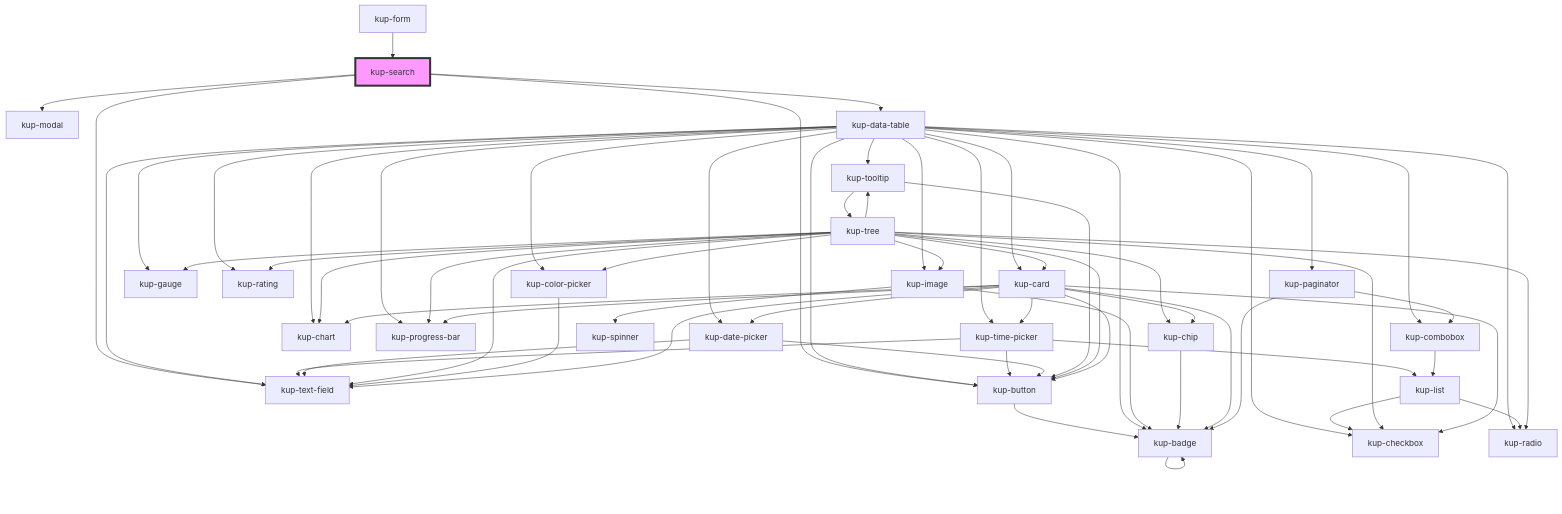
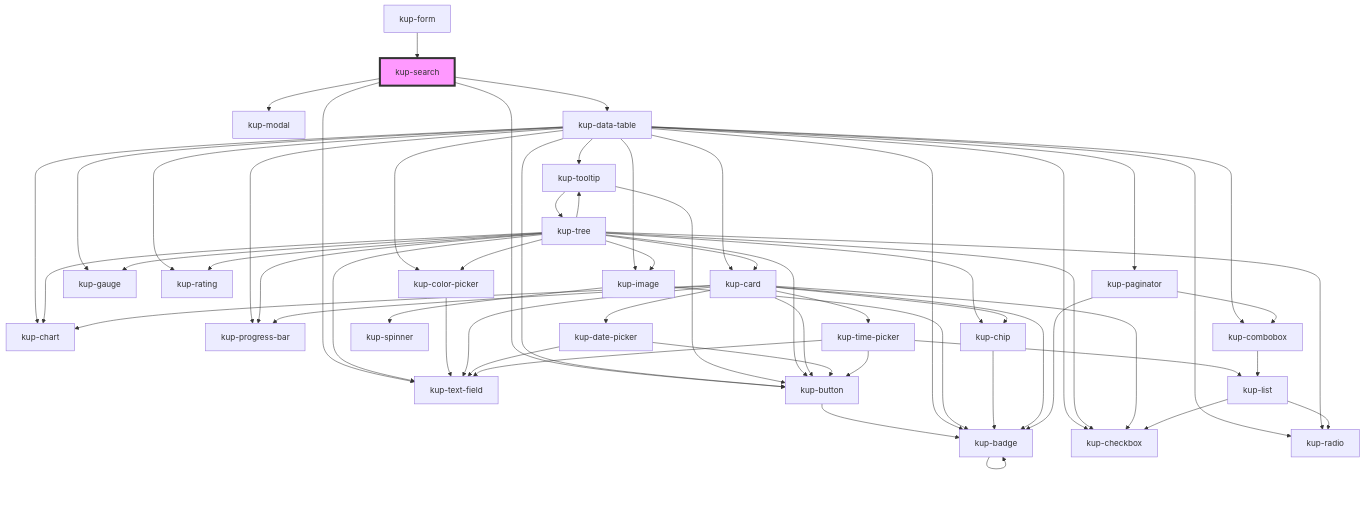
The diagram in packages/ketchup/src/components/kup-search/readme.md (smeup/ketchup), drawn with Mermaid before and after one commit. The commit also changed 21 other files, not shown here.

````diff
--- a/packages/ketchup/src/components/kup-search/readme.md
+++ b/packages/ketchup/src/components/kup-search/readme.md
@@ -43,66 +43,63 @@
 ```mermaid
 graph TD;
   kup-search --> kup-text-field
   kup-search --> kup-button
   kup-search --> kup-modal
   kup-search --> kup-data-table
   kup-button --> kup-badge
   kup-badge --> kup-badge
-  kup-data-table --> kup-text-field
-  kup-data-table --> kup-time-picker
-  kup-data-table --> kup-date-picker
   kup-data-table --> kup-checkbox
   kup-data-table --> kup-tooltip
   kup-data-table --> kup-image
   kup-data-table --> kup-button
   kup-data-table --> kup-chart
   kup-data-table --> kup-color-picker
   kup-data-table --> kup-gauge
   kup-data-table --> kup-progress-bar
   kup-data-table --> kup-rating
   kup-data-table --> kup-radio
   kup-data-table --> kup-paginator
   kup-data-table --> kup-combobox
   kup-data-table --> kup-card
   kup-data-table --> kup-badge
-  kup-time-picker --> kup-text-field
-  kup-time-picker --> kup-button
-  kup-time-picker --> kup-list
-  kup-list --> kup-radio
-  kup-list --> kup-checkbox
-  kup-date-picker --> kup-text-field
-  kup-date-picker --> kup-button
   kup-tooltip --> kup-button
   kup-tooltip --> kup-tree
   kup-tree --> kup-image
   kup-tree --> kup-button
   kup-tree --> kup-chart
   kup-tree --> kup-checkbox
   kup-tree --> kup-chip
   kup-tree --> kup-color-picker
   kup-tree --> kup-gauge
   kup-tree --> kup-progress-bar
   kup-tree --> kup-rating
   kup-tree --> kup-radio
   kup-tree --> kup-tooltip
   kup-tree --> kup-text-field
   kup-tree --> kup-card
   kup-image --> kup-spinner
   kup-image --> kup-badge
   kup-chip --> kup-badge
   kup-color-picker --> kup-text-field
   kup-card --> kup-chip
   kup-card --> kup-button
   kup-card --> kup-badge
   kup-card --> kup-progress-bar
   kup-card --> kup-chart
   kup-card --> kup-checkbox
   kup-card --> kup-date-picker
   kup-card --> kup-text-field
   kup-card --> kup-time-picker
+  kup-date-picker --> kup-text-field
+  kup-date-picker --> kup-button
+  kup-time-picker --> kup-text-field
+  kup-time-picker --> kup-button
+  kup-time-picker --> kup-list
+  kup-list --> kup-radio
+  kup-list --> kup-checkbox
   kup-paginator --> kup-combobox
   kup-paginator --> kup-badge
   kup-combobox --> kup-list
   kup-form --> kup-search
   style kup-search fill:#f9f,stroke:#333,stroke-width:4px
 ```
````
